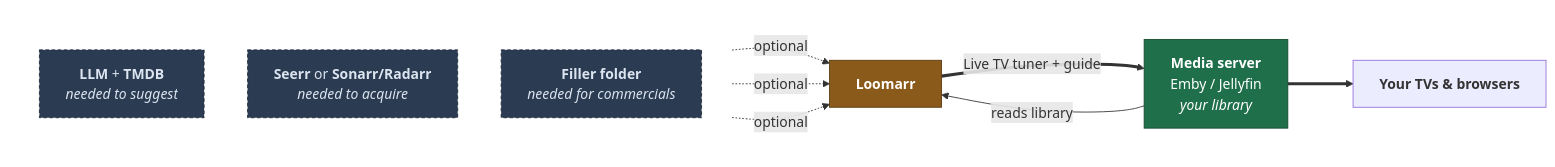
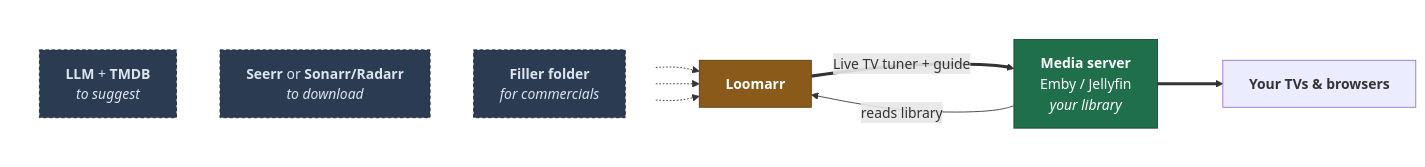
One commit to loomarr/loomarr changed the first of 2 diagrams in docs/install/index.md. Above: the diagram before and after it, drawn with Mermaid. The commit also changed other lines of this file and 16 other files, not shown here.

````diff
--- a/docs/install/index.md
+++ b/docs/install/index.md
@@ -12,30 +11,30 @@
 ```mermaid
 graph LR
   subgraph required[" "]
     MS["<b>Media server</b><br/>Emby / Jellyfin<br/><i>your library</i>"]
   end
   L["<b>Loomarr</b>"]
   subgraph optional[" "]
     direction TB
-    AI["<b>LLM</b> + <b>TMDB</b><br/><i>needed to suggest</i>"]
-    RQ["<b>Seerr</b> or <b>Sonarr/Radarr</b><br/><i>needed to acquire</i>"]
-    FI["<b>Filler folder</b><br/><i>needed for commercials</i>"]
+    AI["<b>LLM</b> + <b>TMDB</b><br/><i>to suggest</i>"]
+    RQ["<b>Seerr</b> or <b>Sonarr/Radarr</b><br/><i>to download</i>"]
+    FI["<b>Filler folder</b><br/><i>for commercials</i>"]
   end
   V["<b>Your TVs & browsers</b>"]
 
   MS -->|reads library| L
-  AI -.->|optional| L
-  RQ -.->|optional| L
-  FI -.->|optional| L
+  AI -.-> L
+  RQ -.-> L
+  FI -.-> L
   L ==>|Live TV tuner + guide| MS
   MS ==> V
 
   classDef req fill:#1f6f4a,stroke:#134a31,color:#fff
   classDef opt fill:#2b3b52,stroke:#1b2736,color:#dbe4ef,stroke-dasharray:4 3
   classDef core fill:#8a5a1a,stroke:#5c3b10,color:#fff
   class MS req
   class AI,RQ,FI opt
   class L core
   style required fill:none,stroke:none
   style optional fill:none,stroke:none
 ```
````
